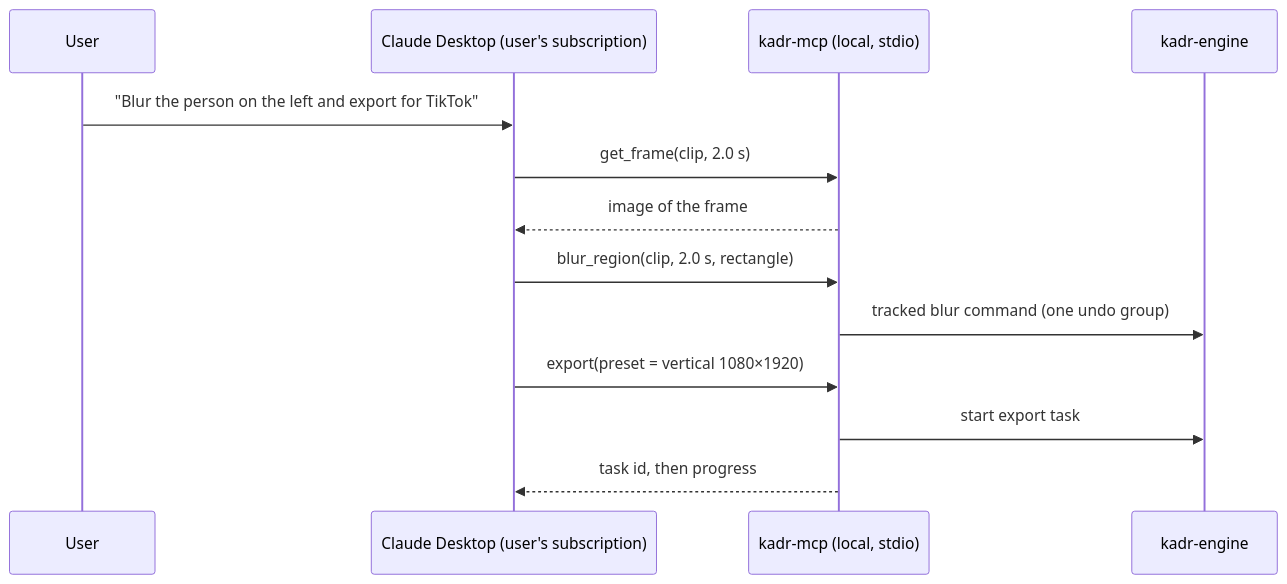
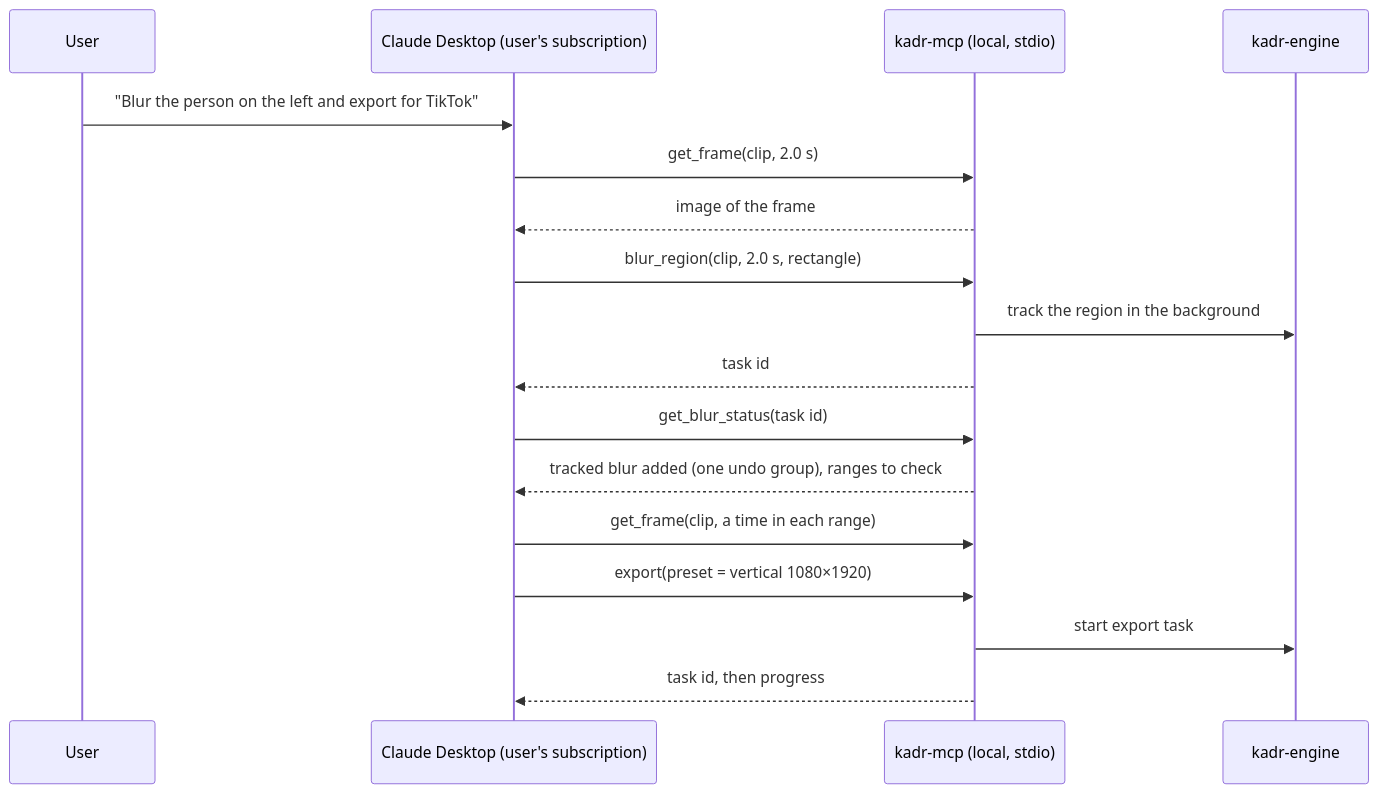
One commit to noasman971/kadr changed the third of 3 diagrams in docs/architecture.md. Above: the diagram before and after it, drawn with Mermaid. The commit also changed 6 other files, not shown here.

````diff
--- a/docs/architecture.md
+++ b/docs/architecture.md
@@ -81,15 +81,19 @@
 ```mermaid
 sequenceDiagram
     participant User
     participant Claude as Claude Desktop (user's subscription)
     participant Mcp as kadr-mcp (local, stdio)
     participant Engine as kadr-engine
     User->>Claude: "Blur the person on the left and export for TikTok"
     Claude->>Mcp: get_frame(clip, 2.0 s)
     Mcp-->>Claude: image of the frame
     Claude->>Mcp: blur_region(clip, 2.0 s, rectangle)
-    Mcp->>Engine: tracked blur command (one undo group)
+    Mcp->>Engine: track the region in the background
+    Mcp-->>Claude: task id
+    Claude->>Mcp: get_blur_status(task id)
+    Mcp-->>Claude: tracked blur added (one undo group), ranges to check
+    Claude->>Mcp: get_frame(clip, a time in each range)
     Claude->>Mcp: export(preset = vertical 1080×1920)
     Mcp->>Engine: start export task
     Mcp-->>Claude: task id, then progress
 ```
````
